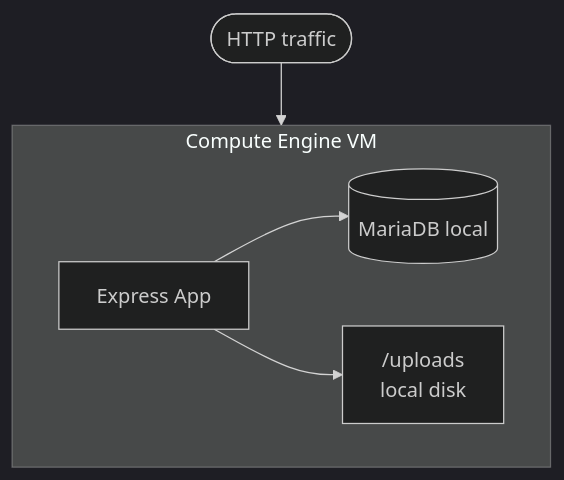
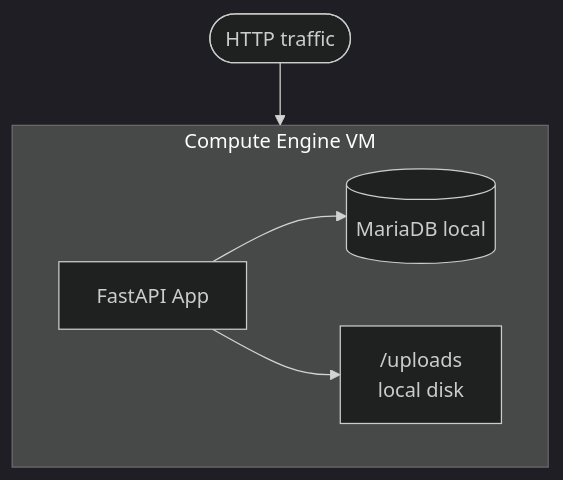
Before and after one commit to ulises-jimenez07/cc-gcp: the diagram in web_app_gcp/phase1_monolith/01_single_server_setup.md, drawn with Mermaid (dark theme). The commit also changed other lines of this file and 37 other files, not shown here.

Commit message:
refactor: update to fast api app

````diff
--- a/web_app_gcp/phase1_monolith/01_single_server_setup.md
+++ b/web_app_gcp/phase1_monolith/01_single_server_setup.md
@@ -5,8 +5,8 @@
 ```mermaid
 graph TD
     Client([HTTP traffic]) --> VM
     subgraph VM[Compute Engine VM]
-        App[Express App] --> DB[(MariaDB local)]
+        App[FastAPI App] --> DB[(MariaDB local)]
         App --> Disk["/uploads\nlocal disk"]
     end
 ```
````
